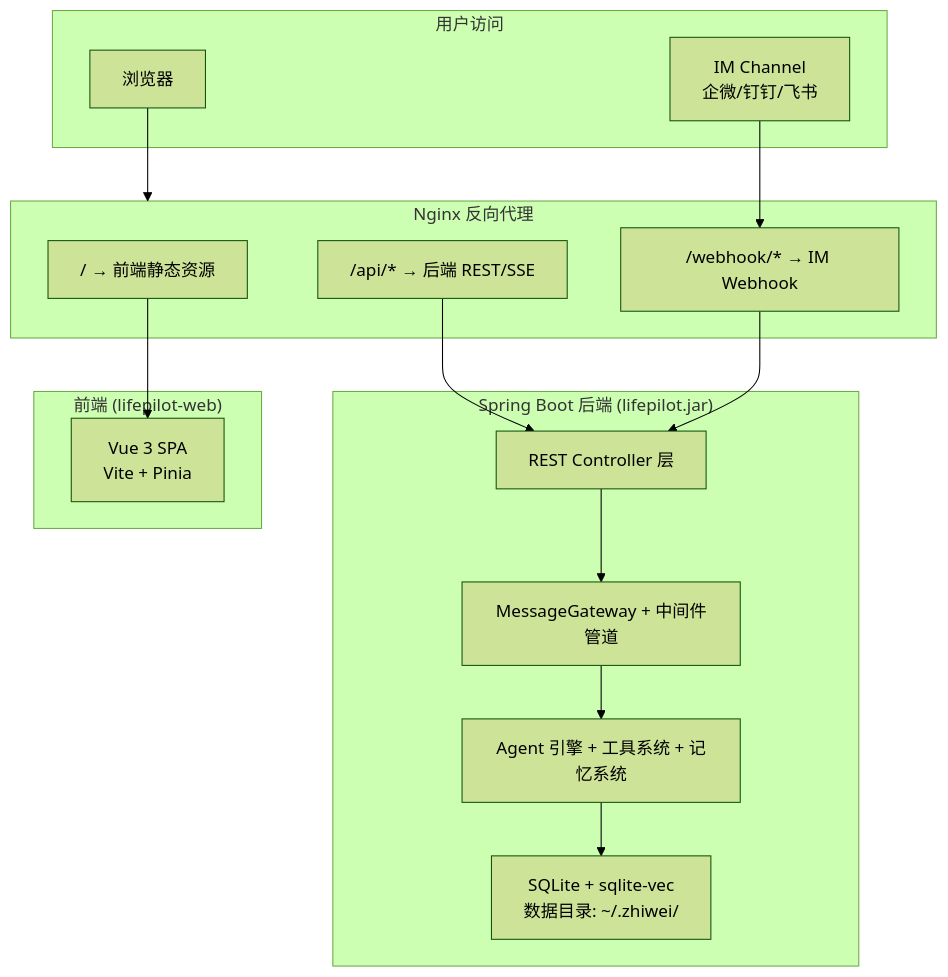
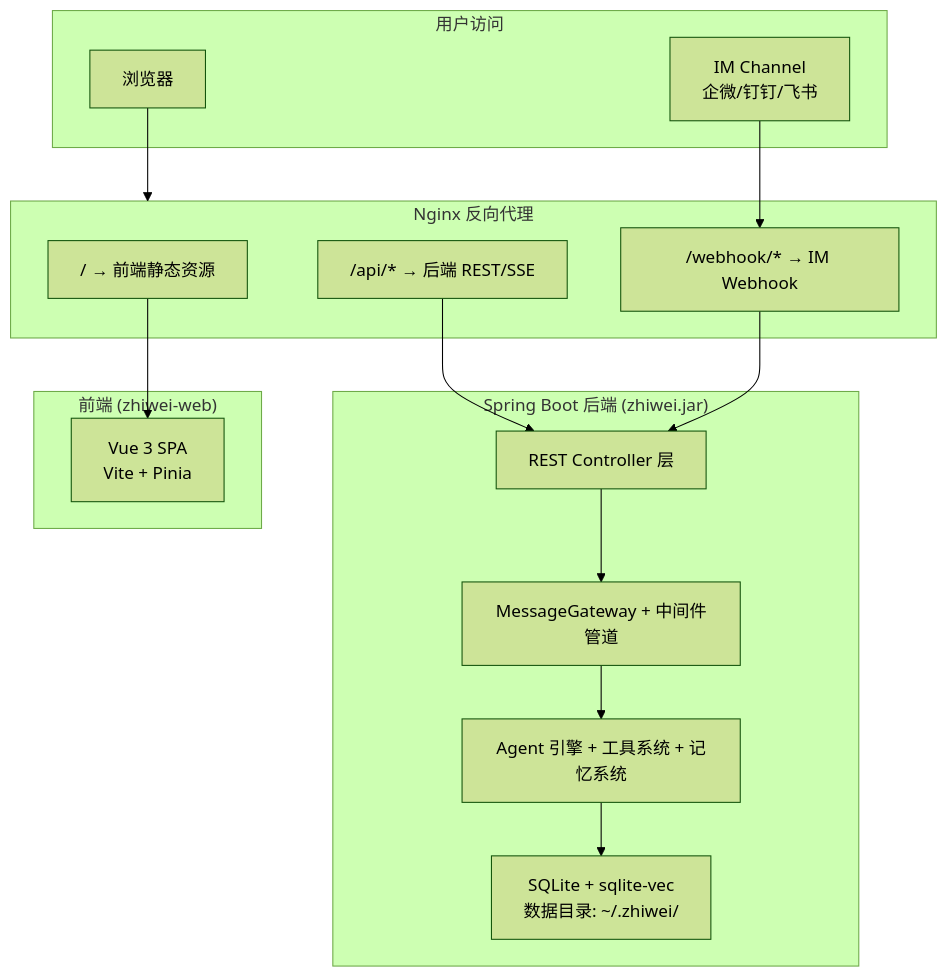
The diagram in docs/architecture/deployment.md (ntygod/LifePilot), drawn with Mermaid (forest theme) before and after one commit. The commit also changed other lines of this file and 46 other files, not shown here.

````diff
--- a/docs/architecture/deployment.md
+++ b/docs/architecture/deployment.md
@@ -43,31 +43,31 @@
 ```mermaid
 graph TB
     subgraph 用户访问
         Browser["浏览器"]
         IM["IM Channel<br/>企微/钉钉/飞书"]
     end
 
     subgraph Nginx["Nginx 反向代理"]
         Static["/ → 前端静态资源"]
         API["/api/* → 后端 REST/SSE"]
         Webhook["/webhook/* → IM Webhook"]
     end
 
-    subgraph Backend["Spring Boot 后端 (lifepilot.jar)"]
+    subgraph Backend["Spring Boot 后端 (zhiwei.jar)"]
         Controller["REST Controller 层"]
         Gateway["MessageGateway + 中间件管道"]
         Engine["Agent 引擎 + 工具系统 + 记忆系统"]
         DB["SQLite + sqlite-vec<br/>数据目录: ~/.zhiwei/"]
     end
 
-    subgraph Frontend["前端 (lifepilot-web)"]
+    subgraph Frontend["前端 (zhiwei-web)"]
         SPA["Vue 3 SPA<br/>Vite + Pinia"]
     end
 
     Browser --> Nginx
     IM --> Webhook
     Static --> SPA
     API --> Controller
     Webhook --> Controller
     Controller --> Gateway --> Engine --> DB
 ```
````
